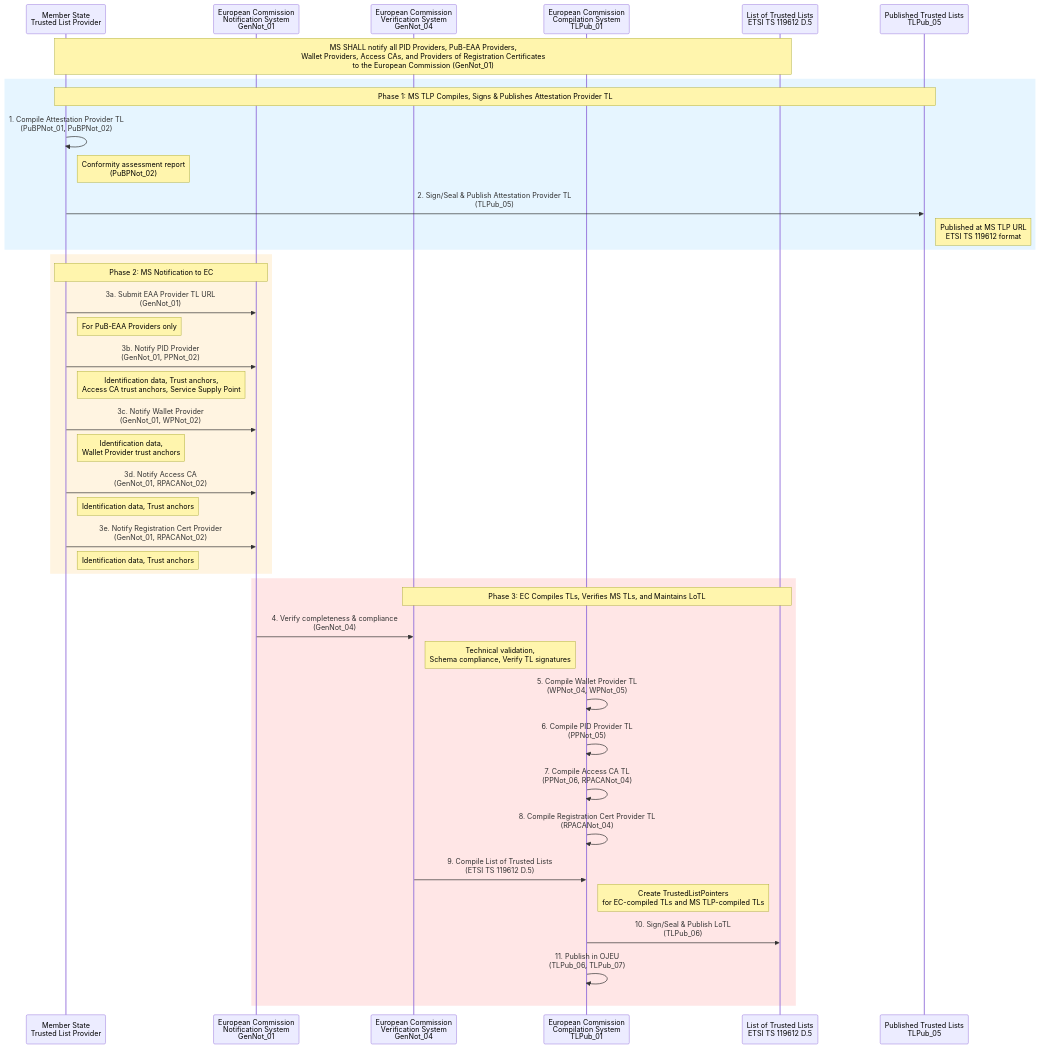
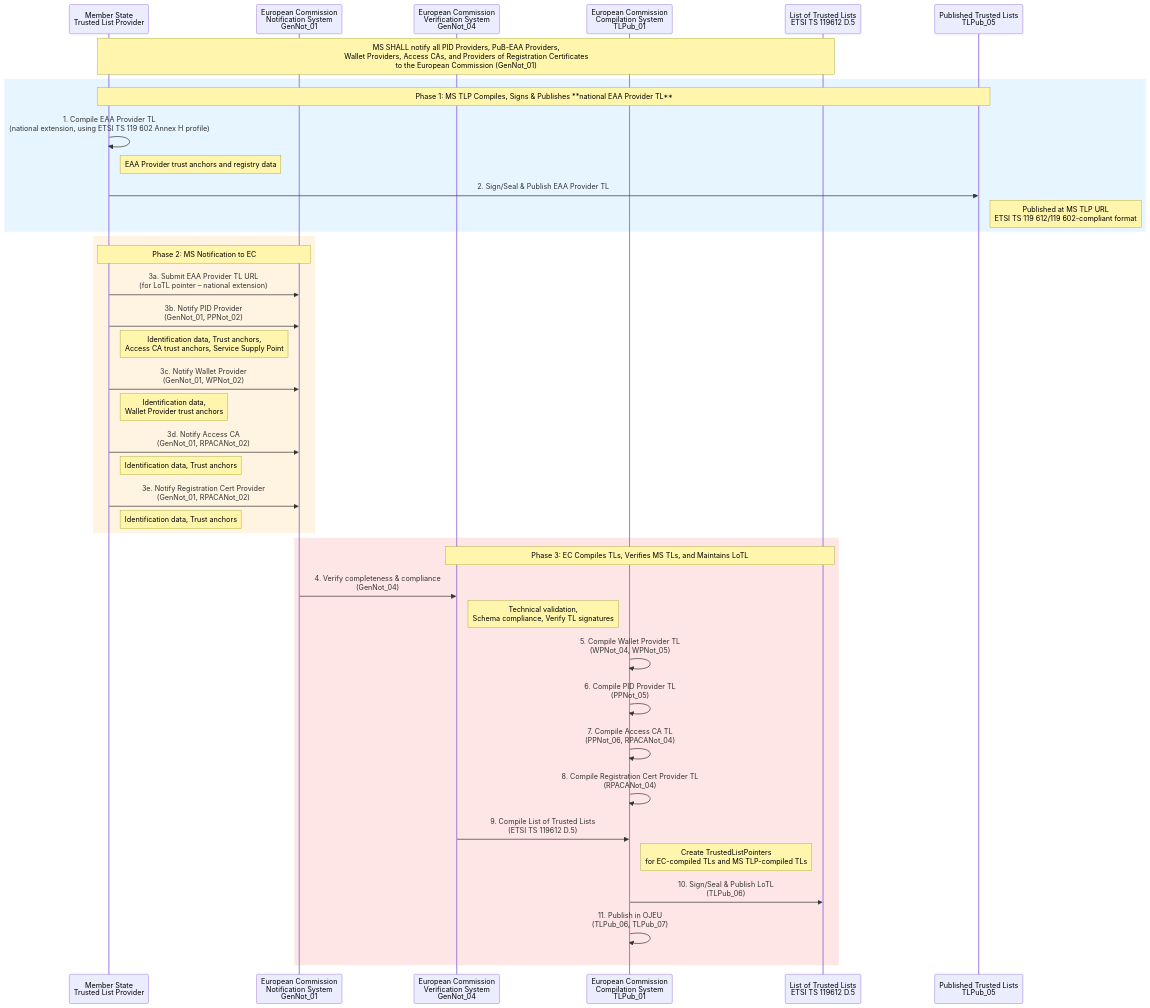
Before and after one commit to webuild-consortium/wp4-trust-group: the fourth of 7 diagrams in task2-trust-framework/trust-infrastructure-schema.md, drawn with Mermaid. The commit also changed other lines of this file, not shown here.

Commit message:
fix: trust infra schema QEAA Providers are published in MS TL

````diff
--- a/task2-trust-framework/trust-infrastructure-schema.md
+++ b/task2-trust-framework/trust-infrastructure-schema.md
@@ -470,53 +481,52 @@
 ```mermaid
 sequenceDiagram
 	participant MS as Member State<br/>Trusted List Provider
 	participant ECNotify as European Commission<br/>Notification System<br/>GenNot_01
 	participant ECVerify as European Commission<br/>Verification System<br/>GenNot_04
 	participant ECCompile as European Commission<br/>Compilation System<br/>TLPub_01
 	participant LoTL as List of Trusted Lists<br/>ETSI TS 119612 D.5
 	participant TL as Published Trusted Lists<br/>TLPub_05
 	Note over MS,LoTL: MS SHALL notify all PID Providers, PuB-EAA Providers,<br/>Wallet Providers, Access CAs, and Providers of Registration Certificates<br/>to the European Commission (GenNot_01)
 	
 	rect rgb(230, 245, 255)
-		Note over MS,TL: Phase 1: MS TLP Compiles, Signs & Publishes Attestation Provider TL
-		MS->>MS: 1. Compile Attestation Provider TL<br/>(PuBPNot_01, PuBPNot_02)
-		Note right of MS: Conformity assessment report<br/>(PuBPNot_02)
-		MS->>TL: 2. Sign/Seal & Publish Attestation Provider TL<br/>(TLPub_05)
-		Note right of TL: Published at MS TLP URL<br/>ETSI TS 119612 format
+        Note over MS,TL: Phase 1: MS TLP Compiles, Signs & Publishes **national EAA Provider TL**
+        MS->>MS: 1. Compile EAA Provider TL<br/>(national extension, using ETSI TS 119 602 Annex H profile)
+        Note right of MS: EAA Provider trust anchors and registry data
+        MS->>TL: 2. Sign/Seal & Publish EAA Provider TL
+        Note right of TL: Published at MS TLP URL<br/>ETSI TS 119 612/119 602-compliant format
 	end
 	
 	rect rgb(255, 244, 225)
 		Note over MS,ECNotify: Phase 2: MS Notification to EC
-		MS->>ECNotify: 3a. Submit EAA Provider TL URL<br/>(GenNot_01)
-		Note right of MS: For PuB-EAA Providers only
+		MS->>ECNotify: 3a. Submit EAA Provider TL URL<br/>(for LoTL pointer – national extension)
 		
 		MS->>ECNotify: 3b. Notify PID Provider<br/>(GenNot_01, PPNot_02)
 		Note right of MS: Identification data, Trust anchors,<br/>Access CA trust anchors, Service Supply Point
 		
 		MS->>ECNotify: 3c. Notify Wallet Provider<br/>(GenNot_01, WPNot_02)
 		Note right of MS: Identification data,<br/>Wallet Provider trust anchors
 		
 		MS->>ECNotify: 3d. Notify Access CA<br/>(GenNot_01, RPACANot_02)
 		Note right of MS: Identification data, Trust anchors
 		
 		MS->>ECNotify: 3e. Notify Registration Cert Provider<br/>(GenNot_01, RPACANot_02)
 		Note right of MS: Identification data, Trust anchors
 	end
 	
 	rect rgb(255, 230, 230)
 		Note over ECVerify,LoTL: Phase 3: EC Compiles TLs, Verifies MS TLs, and Maintains LoTL
 		ECNotify->>ECVerify: 4. Verify completeness & compliance<br/>(GenNot_04)
 		Note right of ECVerify: Technical validation,<br/>Schema compliance, Verify TL signatures
 		
 		ECCompile->>ECCompile: 5. Compile Wallet Provider TL<br/>(WPNot_04, WPNot_05)
 		ECCompile->>ECCompile: 6. Compile PID Provider TL<br/>(PPNot_05)
 		ECCompile->>ECCompile: 7. Compile Access CA TL<br/>(PPNot_06, RPACANot_04)
 		ECCompile->>ECCompile: 8. Compile Registration Cert Provider TL<br/>(RPACANot_04)
 		
 		ECVerify->>ECCompile: 9. Compile List of Trusted Lists<br/>(ETSI TS 119612 D.5)
 		Note right of ECCompile: Create TrustedListPointers<br/>for EC-compiled TLs and MS TLP-compiled TLs
 		
 		ECCompile->>LoTL: 10. Sign/Seal & Publish LoTL<br/>(TLPub_06)
 		ECCompile->>ECCompile: 11. Publish in OJEU<br/>(TLPub_06, TLPub_07)
 	end
 ```
````
